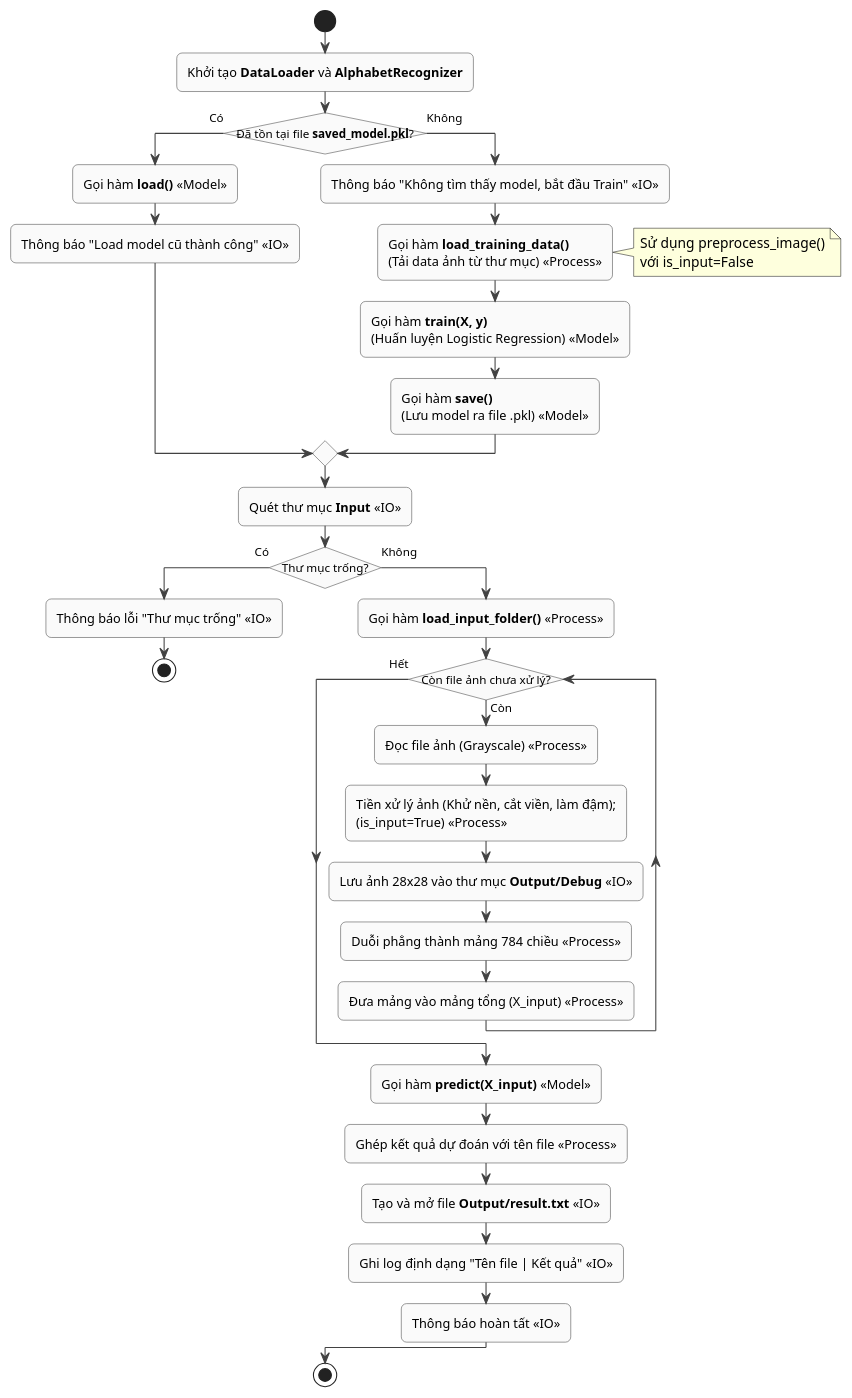
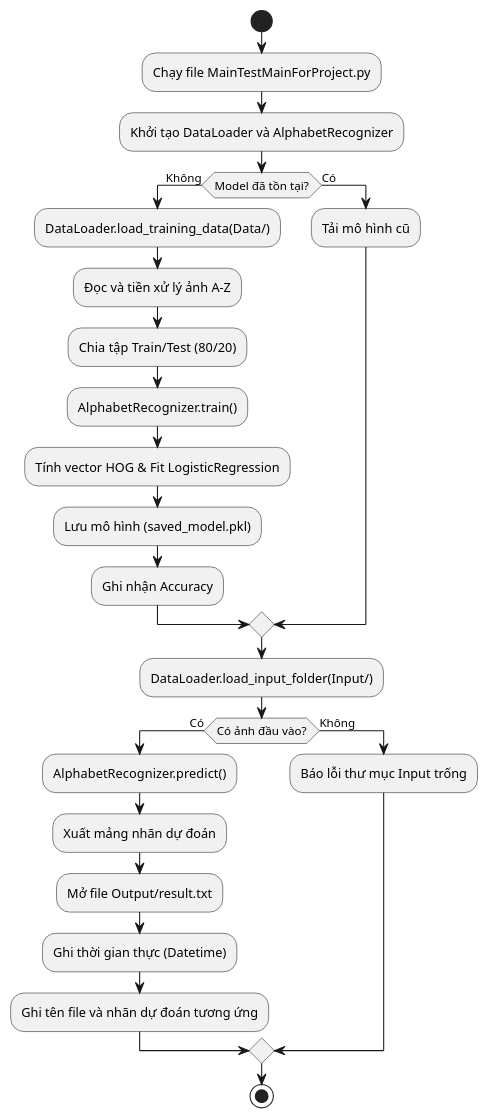
The second of 2 diagrams in Diagram/ActivityDiagram.pu (DucAnh1302/Alphabet-Recognition), drawn with PlantUML before and after one commit. The commit also changed other lines of this file and 6 other files, not shown here.

Commit message:
Update Diagram

```diff
--- a/Diagram/ActivityDiagram.pu
+++ b/Diagram/ActivityDiagram.pu
@@ -1,59 +33,27 @@
-@startuml ActivityDiagram
-skinparam defaultFontName Arial
-skinparam roundcorner 10
-skinparam conditionStyle insideDiamond
-
-' Định nghĩa màu sắc cho từng khối
-skinparam Activity {
-  BackgroundColor #FAFAFA
-  BorderColor #424242
-  ArrowColor #424242
-  
-  BackgroundColor<<Model>> #E8F5E9
-  BorderColor<<Model>> #2E7D32
-  
-  BackgroundColor<<Process>> #FFF3E0
-  BorderColor<<Process>> #EF6C00
-  
-  BackgroundColor<<IO>> #E3F2FD
-  BorderColor<<IO>> #1565C0
-}
-
+@startuml Activity Diagram with MainTestMainForProject.py
 start
-:Khởi tạo **DataLoader** và **AlphabetRecognizer**;
-if (Đã tồn tại file **saved_model.pkl**?) then (Có)
-    :Gọi hàm **load()** <<Model>>;
-    :Thông báo "Load model cũ thành công" <<IO>>;
+:Chạy file MainTestMainForProject.py;
+:Khởi tạo DataLoader và AlphabetRecognizer;
+if (Model đã tồn tại?) then (Không)
+  :DataLoader.load_training_data(Data/);
+  :Đọc và tiền xử lý ảnh A-Z;
+  :Chia tập Train/Test (80/20);
+  :AlphabetRecognizer.train();
+  :Tính vector HOG & Fit LogisticRegression;
+  :Lưu mô hình (saved_model.pkl);
+  :Ghi nhận Accuracy;
+else (Có)
+  :Tải mô hình cũ;
+endif
+:DataLoader.load_input_folder(Input/);
+if (Có ảnh đầu vào?) then (Có)
+  :AlphabetRecognizer.predict();
+  :Xuất mảng nhãn dự đoán;
+  :Mở file Output/result.txt;
+  :Ghi thời gian thực (Datetime);
+  :Ghi tên file và nhãn dự đoán tương ứng;
 else (Không)
-    :Thông báo "Không tìm thấy model, bắt đầu Train" <<IO>>;
-    :Gọi hàm **load_training_data()**\n(Tải data ảnh từ thư mục) <<Process>>;
-    note right: Sử dụng preprocess_image()\nvới is_input=False
-    :Gọi hàm **train(X, y)**\n(Huấn luyện Logistic Regression) <<Model>>;
-    :Gọi hàm **save()**\n(Lưu model ra file .pkl) <<Model>>;
+  :Báo lỗi thư mục Input trống;
 endif
-
-:Quét thư mục **Input** <<IO>>;
-if (Thư mục trống?) then (Có)
-    :Thông báo lỗi "Thư mục trống" <<IO>>;
-    stop
-else (Không)
-    :Gọi hàm **load_input_folder()** <<Process>>;
-    
-    while (Còn file ảnh chưa xử lý?) is (Còn)
-        :Đọc file ảnh (Grayscale) <<Process>>;
-        :Tiền xử lý ảnh (Khử nền, cắt viền, làm đậm);\n(is_input=True) <<Process>>;
-        :Lưu ảnh 28x28 vào thư mục **Output/Debug** <<IO>>;
-        :Duỗi phẳng thành mảng 784 chiều <<Process>>;
-        :Đưa mảng vào mảng tổng (X_input) <<Process>>;
-    endwhile (Hết)
-
-    :Gọi hàm **predict(X_input)** <<Model>>;
-    :Ghép kết quả dự đoán với tên file <<Process>>;
-    
-    :Tạo và mở file **Output/result.txt** <<IO>>;
-    :Ghi log định dạng "Tên file | Kết quả" <<IO>>;
-    :Thông báo hoàn tất <<IO>>;
-endif
-
 stop
 @enduml
```
